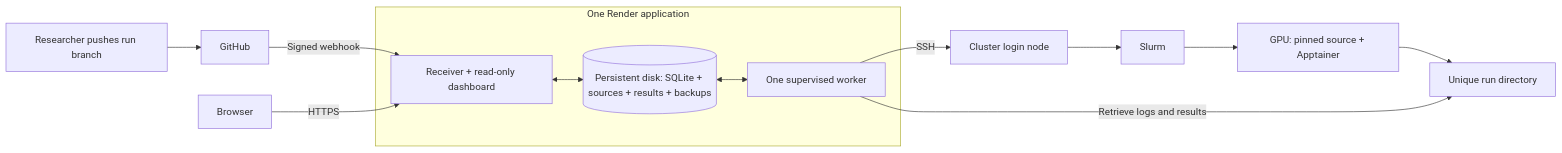
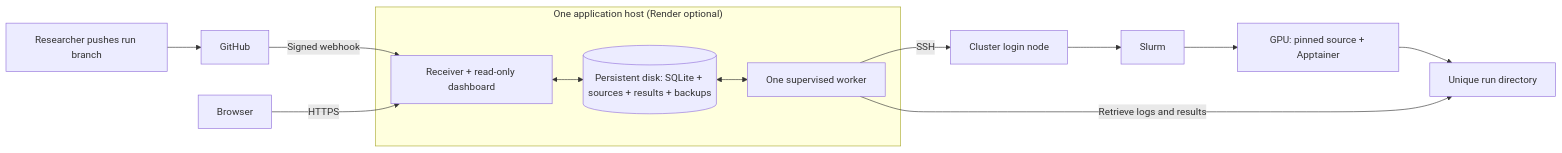
The diagram in ARCHITECTURE.md (azhang4216/cris-jobs-console), drawn with Mermaid before and after one commit. The commit also changed other lines of this file and 20 other files, not shown here.

````diff
--- a/ARCHITECTURE.md
+++ b/ARCHITECTURE.md
@@ -81,15 +87,15 @@
 ```mermaid
 flowchart LR
     R["Researcher pushes run branch"] --> G["GitHub"]
     G -->|Signed webhook| W["Receiver + read-only dashboard"]
     B["Browser"] -->|HTTPS| W
-    subgraph Render["One Render application"]
+    subgraph Host["One application host (Render optional)"]
         W <--> D[("Persistent disk: SQLite + sources + results + backups")]
         D <--> P["One supervised worker"]
     end
     P -->|SSH| A["Cluster login node"]
     A --> S["Slurm"]
     S --> J["GPU: pinned source + Apptainer"]
     J --> F["Unique run directory"]
     P -->|Retrieve logs and results| F
 ```
````
